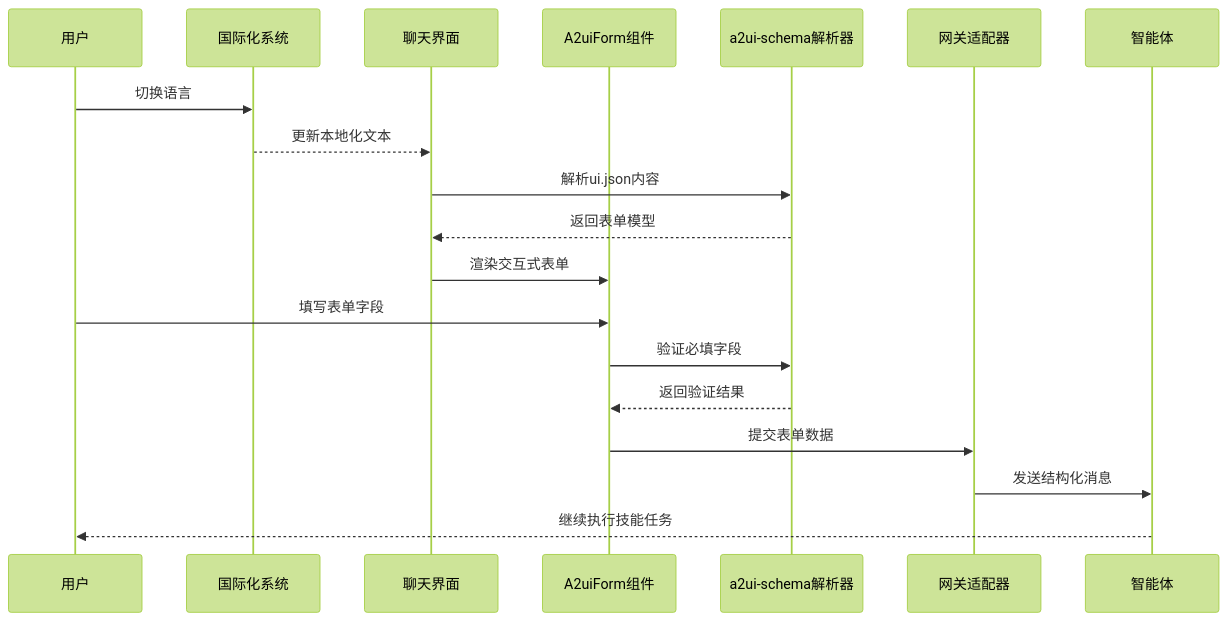
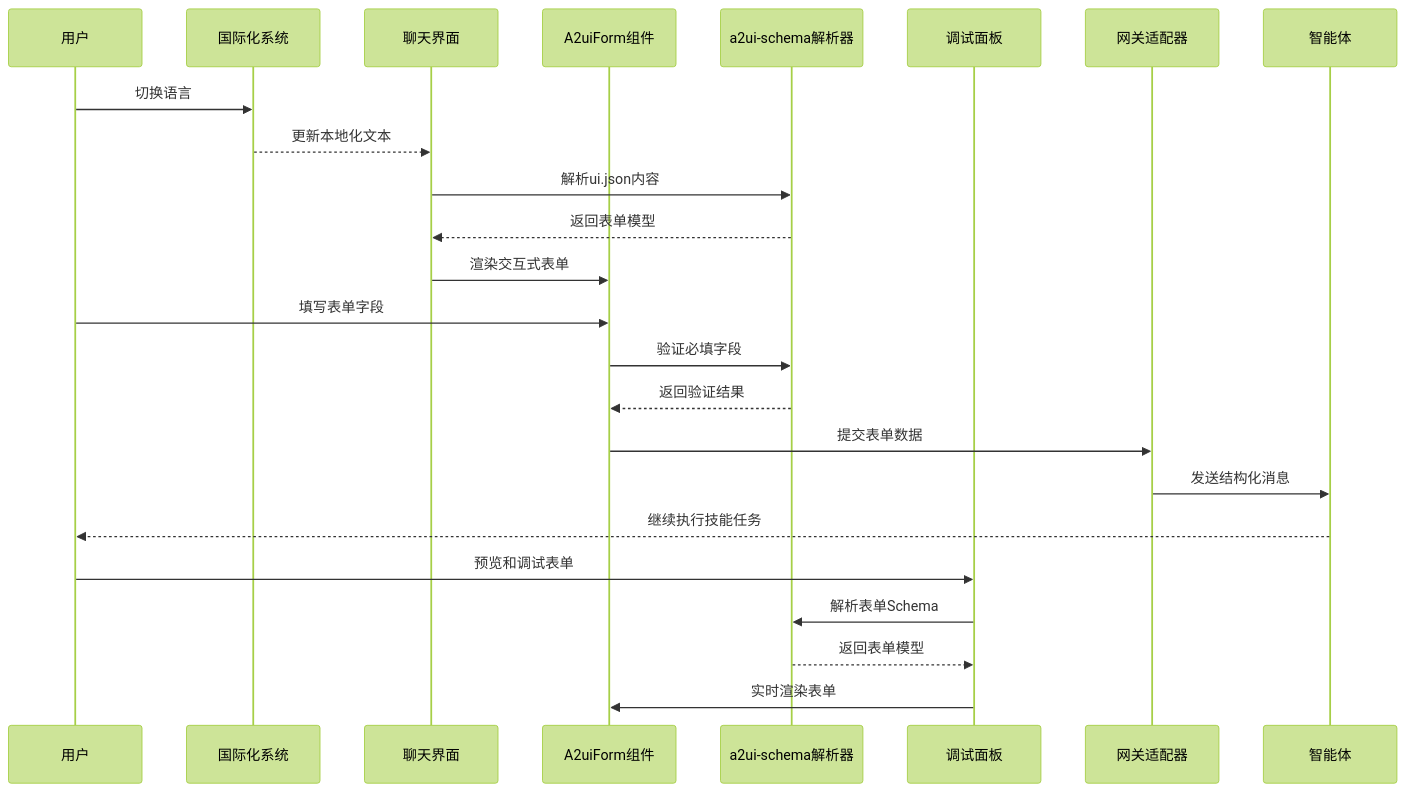
The second of 6 diagrams in .qoder/repowiki/zh/content/项目概述/核心功能介绍/控制台管理界面/Skills技能管理/A2UI输入表单系统.md (WW-AI-Lab/openclaw-office), drawn with Mermaid (forest theme) before and after one commit. The commit also changed other lines of this file and 11 other files, not shown here.

````diff
--- a/.qoder/repowiki/zh/content/项目概述/核心功能介绍/控制台管理界面/Skills技能管理/A2UI输入表单系统.md
+++ b/.qoder/repowiki/zh/content/项目概述/核心功能介绍/控制台管理界面/Skills技能管理/A2UI输入表单系统.md
@@ -133,21 +150,26 @@
 ```mermaid
 sequenceDiagram
 participant User as 用户
 participant I18n as 国际化系统
 participant Chat as 聊天界面
 participant Form as A2uiForm组件
 participant Parser as a2ui-schema解析器
+participant Debug as 调试面板
 participant Gateway as 网关适配器
 participant Agent as 智能体
 User->>I18n : 切换语言
 I18n-->>Chat : 更新本地化文本
 Chat->>Parser : 解析ui.json内容
 Parser-->>Chat : 返回表单模型
 Chat->>Form : 渲染交互式表单
 User->>Form : 填写表单字段
 Form->>Parser : 验证必填字段
 Parser-->>Form : 返回验证结果
 Form->>Gateway : 提交表单数据
 Gateway->>Agent : 发送结构化消息
 Agent-->>User : 继续执行技能任务
+User->>Debug : 预览和调试表单
+Debug->>Parser : 解析表单Schema
+Parser-->>Debug : 返回表单模型
+Debug->>Form : 实时渲染表单
 ```
````
